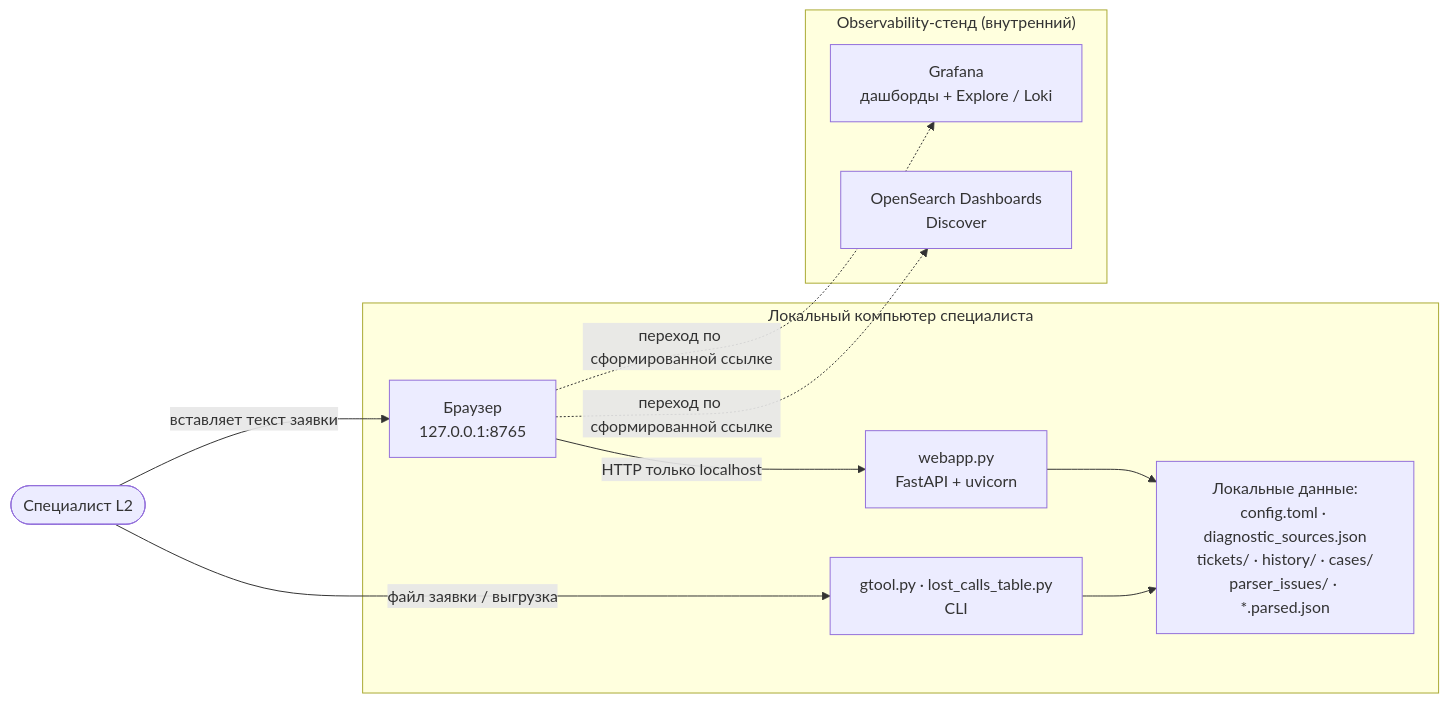
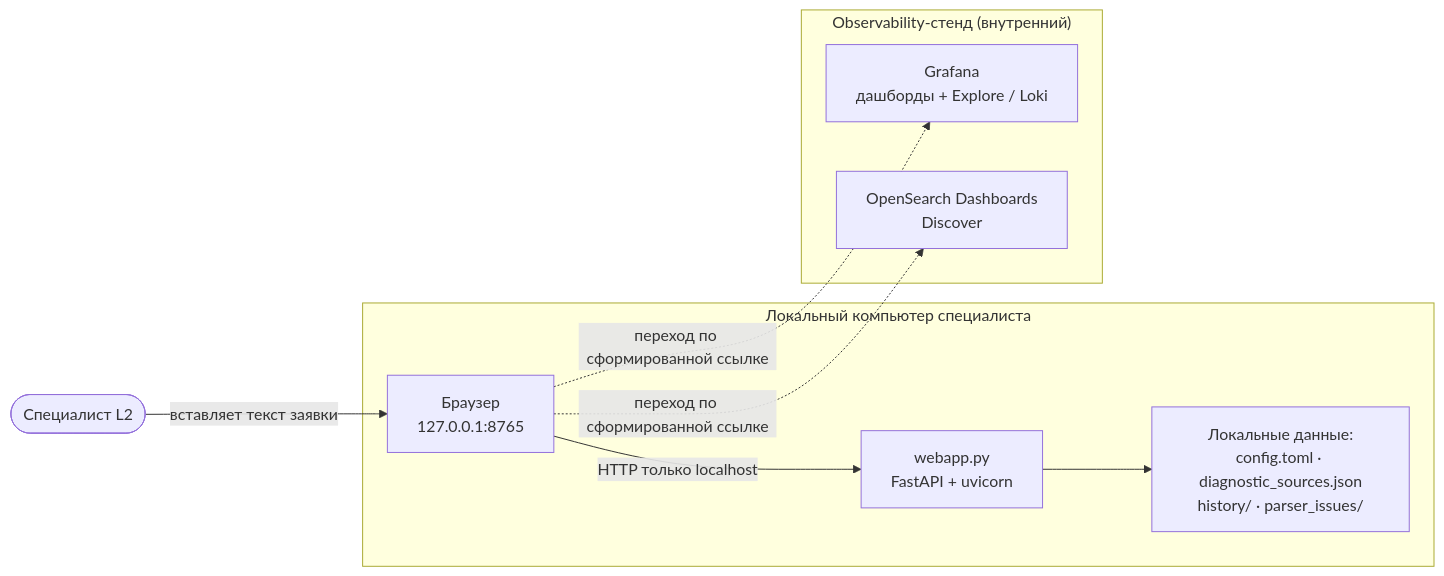
The first of 12 diagrams in docs/ARCHITECTURE.md (shifter1710/l2tool), drawn with Mermaid before and after one commit. The commit also changed other lines of this file and 27 other files, not shown here.

````diff
--- a/docs/ARCHITECTURE.md
+++ b/docs/ARCHITECTURE.md
@@ -16,24 +16,21 @@
 ```mermaid
 flowchart LR
     user(["Специалист L2"])
 
     subgraph local["Локальный компьютер специалиста"]
         browser["Браузер<br/>127.0.0.1:8765"]
         webapp["webapp.py<br/>FastAPI + uvicorn"]
-        cli["gtool.py · lost_calls_table.py<br/>CLI"]
-        store["Локальные данные:<br/>config.toml · diagnostic_sources.json<br/>tickets/ · history/ · cases/<br/>parser_issues/ · *.parsed.json"]
+        store["Локальные данные:<br/>config.toml · diagnostic_sources.json<br/>history/ · parser_issues/"]
     end
 
     subgraph obs["Observability-стенд (внутренний)"]
         grafana["Grafana<br/>дашборды + Explore / Loki"]
         opensearch["OpenSearch Dashboards<br/>Discover"]
     end
 
     user -->|"вставляет текст заявки"| browser
-    user -->|"файл заявки / выгрузка"| cli
     browser -->|"HTTP только localhost"| webapp
-    cli --> store
     webapp --> store
     browser -.->|"переход по сформированной ссылке"| grafana
     browser -.->|"переход по сформированной ссылке"| opensearch
 ```
````
